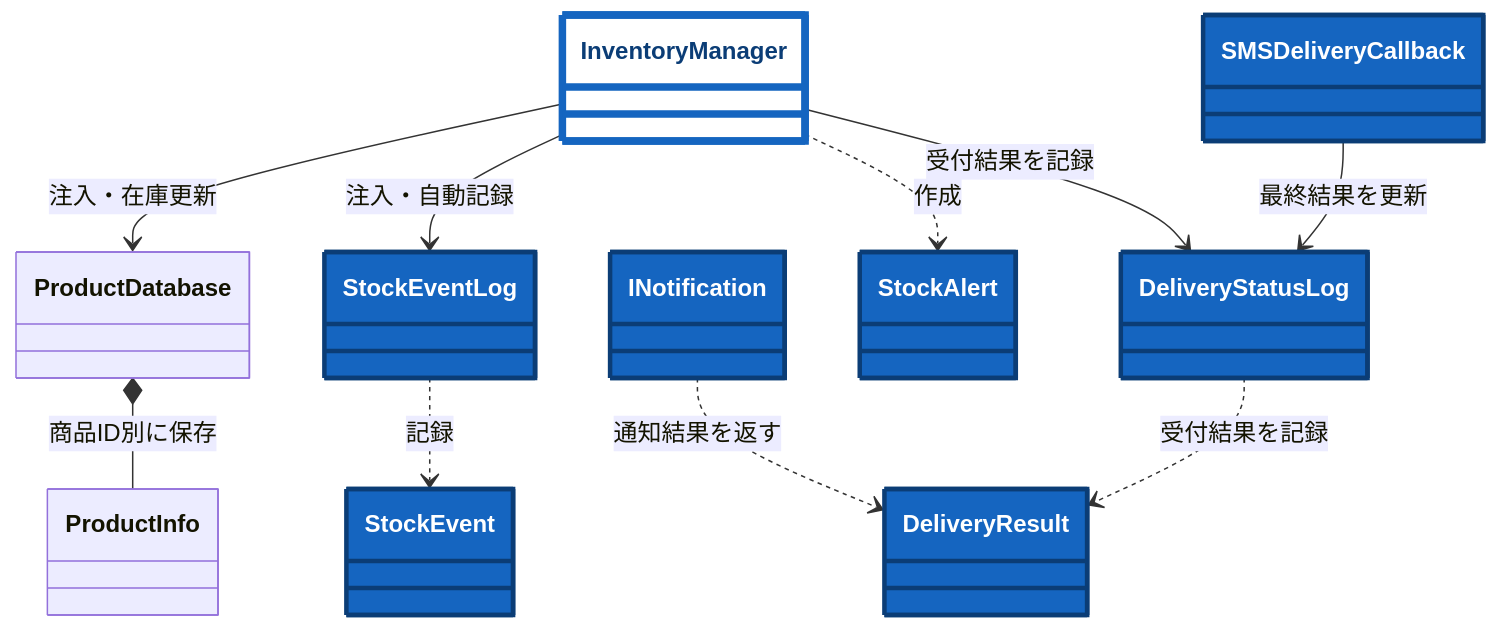
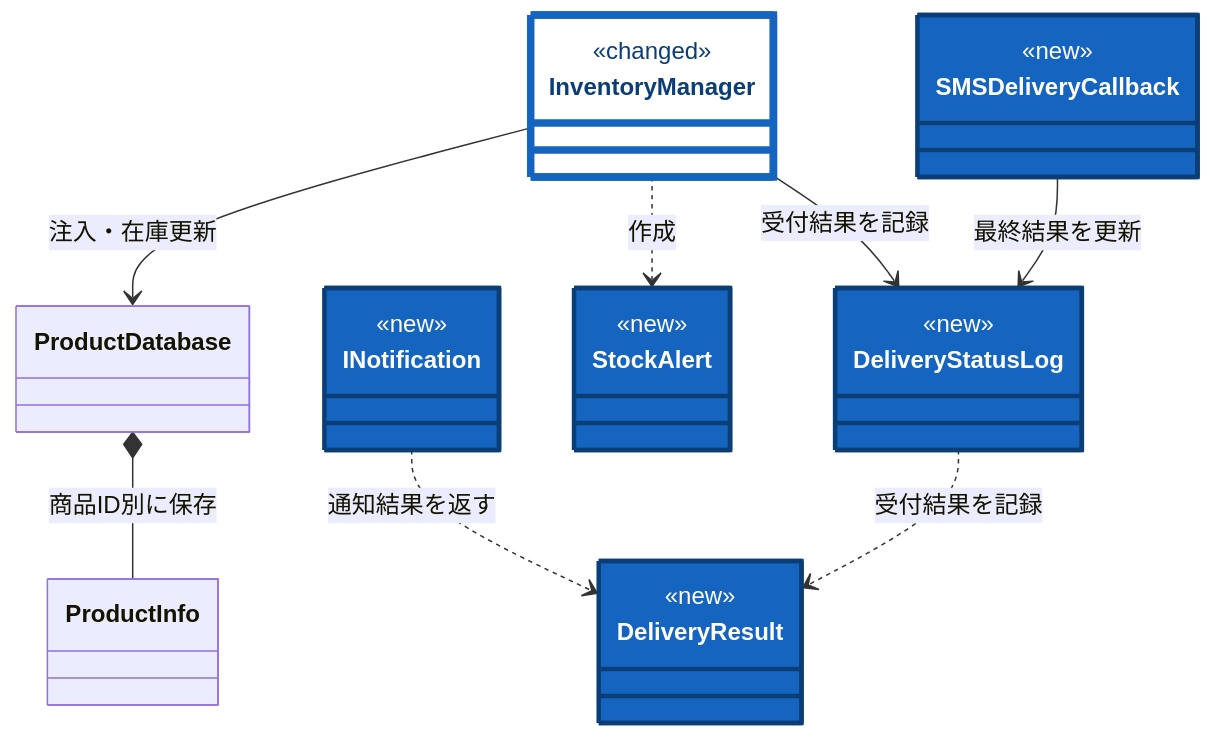
The tenth of 15 diagrams in kindle/design-patterns/books/volume01-core-patterns/output/05-chapter03.md (kumachan1101-pixel/DesignPattern), drawn with Mermaid before and after one commit. The commit also changed other lines of this file and 40 other files, not shown here.

````diff
--- a/kindle/design-patterns/books/volume01-core-patterns/output/05-chapter03.md
+++ b/kindle/design-patterns/books/volume01-core-patterns/output/05-chapter03.md
@@ -2233,26 +2315,34 @@
 ```mermaid
 classDiagram
     direction TB
-    class InventoryManager:::touched
+    class InventoryManager:::touched {
+        <<changed>>
+    }
     class ProductDatabase
     class ProductInfo
-    class StockEventLog:::added
-    class StockEvent:::added
-    class DeliveryStatusLog:::added
-    class DeliveryResult:::added
-    class SMSDeliveryCallback:::added
-    class StockAlert:::added
-    class INotification:::added
+    class DeliveryStatusLog:::added {
+        <<new>>
+    }
+    class DeliveryResult:::added {
+        <<new>>
+    }
+    class SMSDeliveryCallback:::added {
+        <<new>>
+    }
+    class StockAlert:::added {
+        <<new>>
+    }
+    class INotification:::added {
+        <<new>>
+    }
     InventoryManager --> ProductDatabase : 注入・在庫更新
-    InventoryManager --> StockEventLog : 注入・自動記録
     InventoryManager --> DeliveryStatusLog : 受付結果を記録
     InventoryManager ..> StockAlert : 作成
     SMSDeliveryCallback --> DeliveryStatusLog : 最終結果を更新
     ProductDatabase *-- ProductInfo : 商品ID別に保存
-    StockEventLog ..> StockEvent : 記録
     INotification ..> DeliveryResult : 通知結果を返す
     DeliveryStatusLog ..> DeliveryResult : 受付結果を記録
 
     classDef added fill:#1565c0,stroke:#0b3d76,stroke-width:3px,color:#ffffff;
     classDef touched fill:#ffffff,stroke:#1565c0,stroke-width:5px,color:#0b3d76;
 ```
````
